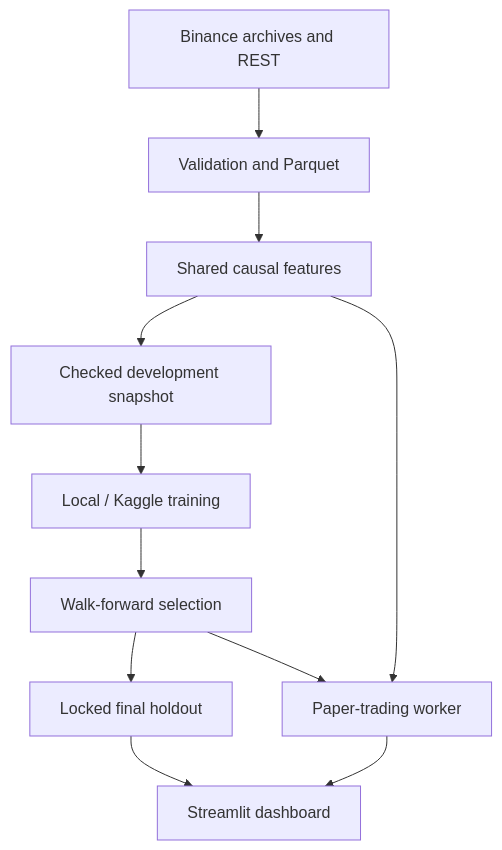
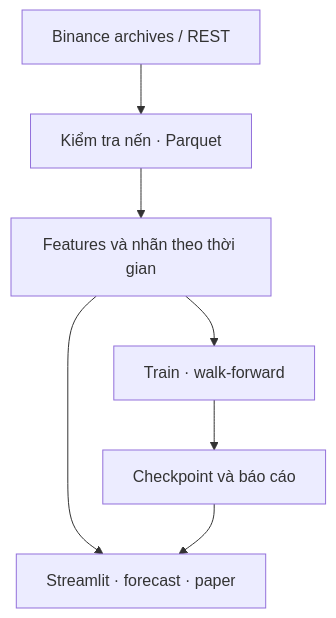
One commit to taiiswibu/quantstream-crypto-research changed the diagram in README.md. Above: the diagram before and after it, drawn with Mermaid. The commit also changed other lines of this file and 9 other files, not shown here.

Commit message:
docs: chốt README và kết quả kiểm tra model local

````diff
--- a/README.md
+++ b/README.md
@@ -60,13 +49,9 @@
 ```mermaid
 flowchart TD
-    A["Binance archives and REST"] --> B["Validation and Parquet"]
-    B --> C["Shared causal features"]
-    C --> D["Checked development snapshot"]
-    D --> E["Local / Kaggle training"]
-    E --> F["Walk-forward selection"]
-    F --> G["Locked final holdout"]
-    F --> H["Paper-trading worker"]
-    C --> H
-    G --> I["Streamlit dashboard"]
-    H --> I
+    A["Binance archives / REST"] --> B["Kiểm tra nến · Parquet"]
+    B --> C["Features và nhãn theo thời gian"]
+    C --> D["Train · walk-forward"]
+    D --> E["Checkpoint và báo cáo"]
+    C --> F["Streamlit · forecast · paper"]
+    E --> F
 ```
````
